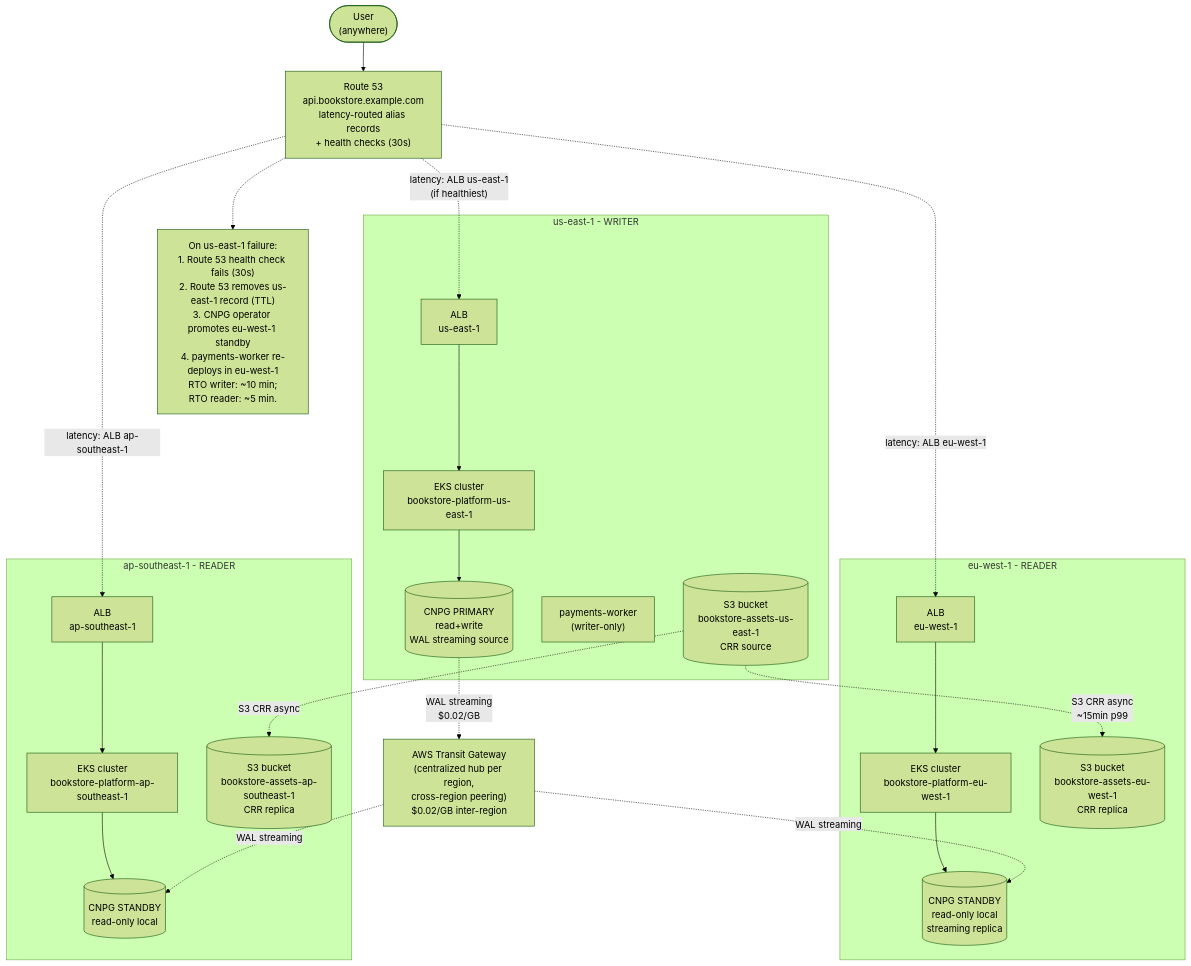
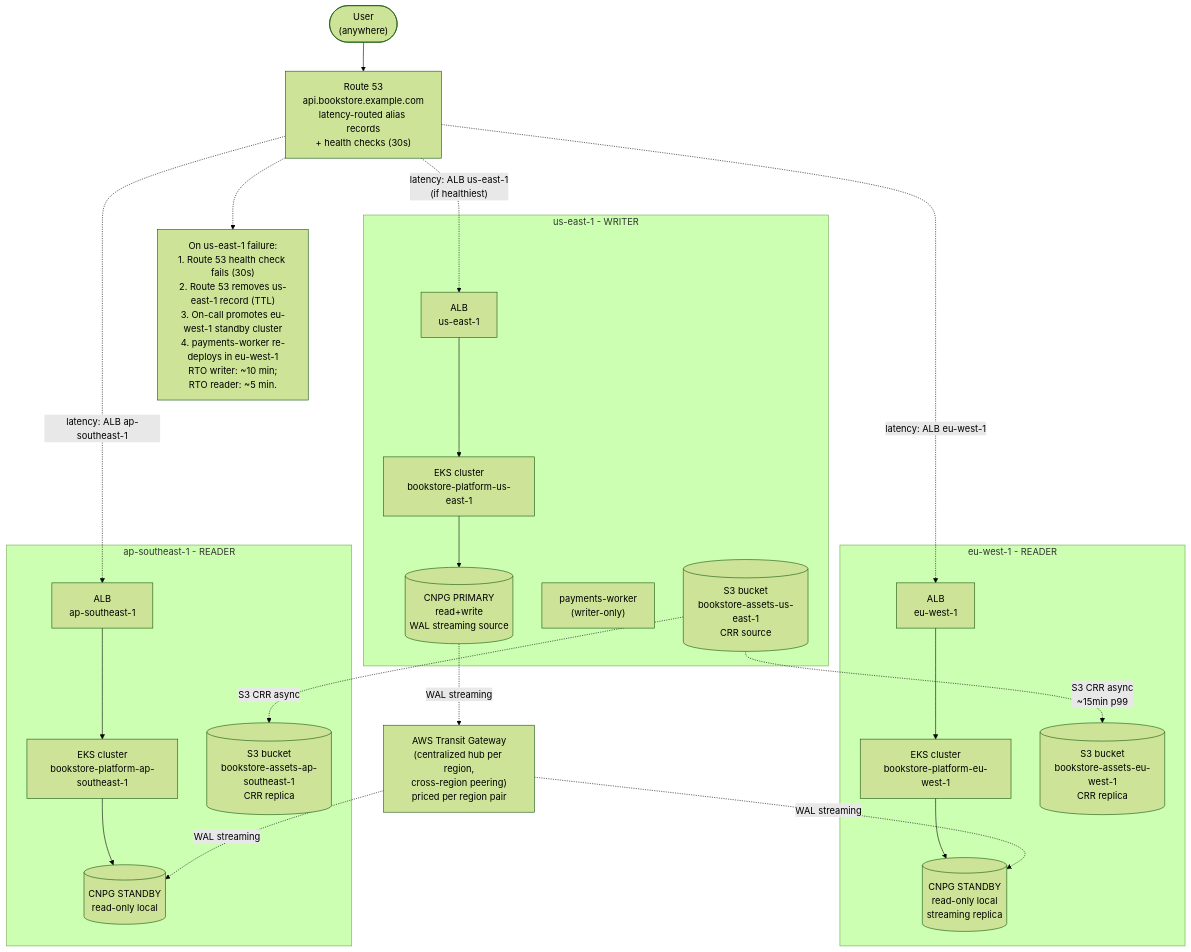
One commit to abd-ulbasit/bookstore-kubernetes-guide changed the diagram in full-guide/14-eks-in-production-a-to-z/11-multi-region-active-active-cloud.md. Above: the diagram before and after it, drawn with Mermaid (forest theme). The commit also changed other lines of this file, not shown here.

First line of the commit message:
security-first: audit 14.11 multi-region against the baseline

````diff
--- a/full-guide/14-eks-in-production-a-to-z/11-multi-region-active-active-cloud.md
+++ b/full-guide/14-eks-in-production-a-to-z/11-multi-region-active-active-cloud.md
@@ -271,49 +281,49 @@
 ```mermaid
 flowchart TB
     user(["User<br/>(anywhere)"])
 
     r53["Route 53<br/>api.bookstore.example.com<br/>latency-routed alias records<br/>+ health checks (30s)"]
 
     subgraph us["us-east-1 - WRITER"]
       us_alb["ALB<br/>us-east-1"]
       us_eks["EKS cluster<br/>bookstore-platform-us-east-1"]
       us_pg[("CNPG PRIMARY<br/>read+write<br/>WAL streaming source")]
       us_pw["payments-worker<br/>(writer-only)"]
       us_s3[("S3 bucket<br/>bookstore-assets-us-east-1<br/>CRR source")]
     end
 
     subgraph eu["eu-west-1 - READER"]
       eu_alb["ALB<br/>eu-west-1"]
       eu_eks["EKS cluster<br/>bookstore-platform-eu-west-1"]
       eu_pg[("CNPG STANDBY<br/>read-only local<br/>streaming replica")]
       eu_s3[("S3 bucket<br/>bookstore-assets-eu-west-1<br/>CRR replica")]
     end
 
     subgraph ap["ap-southeast-1 - READER"]
       ap_alb["ALB<br/>ap-southeast-1"]
       ap_eks["EKS cluster<br/>bookstore-platform-ap-southeast-1"]
       ap_pg[("CNPG STANDBY<br/>read-only local")]
       ap_s3[("S3 bucket<br/>bookstore-assets-ap-southeast-1<br/>CRR replica")]
     end
 
-    tgw["AWS Transit Gateway<br/>(centralized hub per region,<br/>cross-region peering)<br/>$0.02/GB inter-region"]
+    tgw["AWS Transit Gateway<br/>(centralized hub per region,<br/>cross-region peering)<br/>priced per region pair"]
 
     user --> r53
     r53 -.->|"latency: ALB us-east-1<br/>(if healthiest)"| us_alb
     r53 -.->|"latency: ALB eu-west-1"| eu_alb
     r53 -.->|"latency: ALB ap-southeast-1"| ap_alb
 
     us_alb --> us_eks --> us_pg
     eu_alb --> eu_eks --> eu_pg
     ap_alb --> ap_eks --> ap_pg
 
-    us_pg -.->|WAL streaming<br/>$0.02/GB| tgw
+    us_pg -.->|WAL streaming| tgw
     tgw -.->|WAL streaming| eu_pg
     tgw -.->|WAL streaming| ap_pg
 
     us_s3 -.->|S3 CRR async<br/>~15min p99| eu_s3
     us_s3 -.->|S3 CRR async| ap_s3
 
-    note["On us-east-1 failure:<br/>1. Route 53 health check fails (30s)<br/>2. Route 53 removes us-east-1 record (TTL)<br/>3. CNPG operator promotes eu-west-1 standby<br/>4. payments-worker re-deploys in eu-west-1<br/>RTO writer: ~10 min;<br/>RTO reader: ~5 min."]
+    note["On us-east-1 failure:<br/>1. Route 53 health check fails (30s)<br/>2. Route 53 removes us-east-1 record (TTL)<br/>3. On-call promotes eu-west-1 standby cluster<br/>4. payments-worker re-deploys in eu-west-1<br/>RTO writer: ~10 min;<br/>RTO reader: ~5 min."]
     r53 -.-> note
 ```
````
